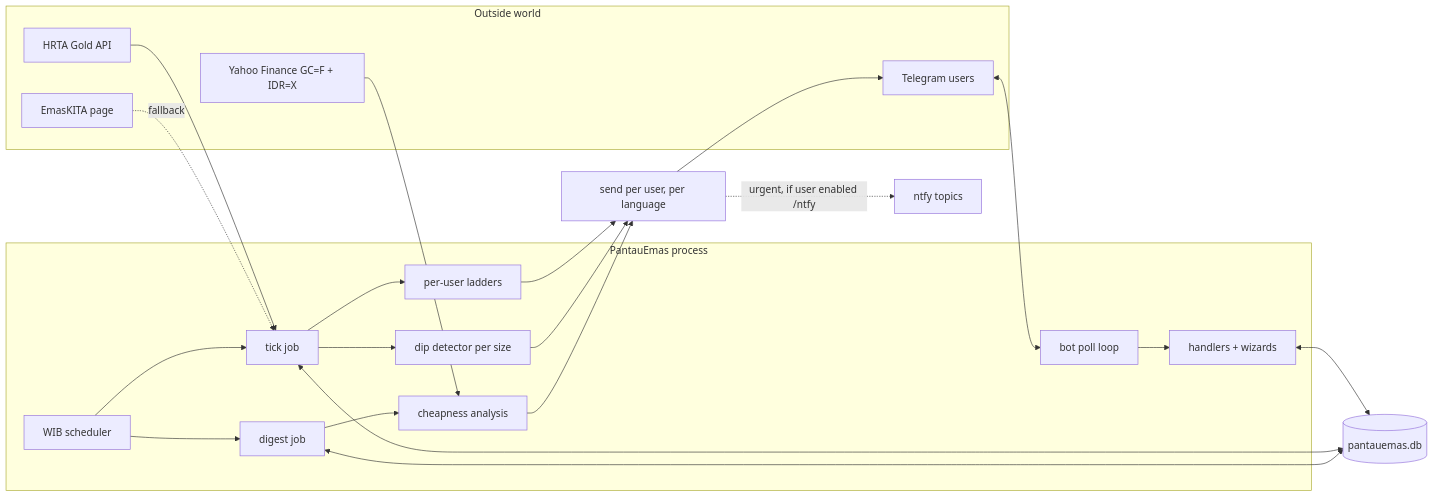
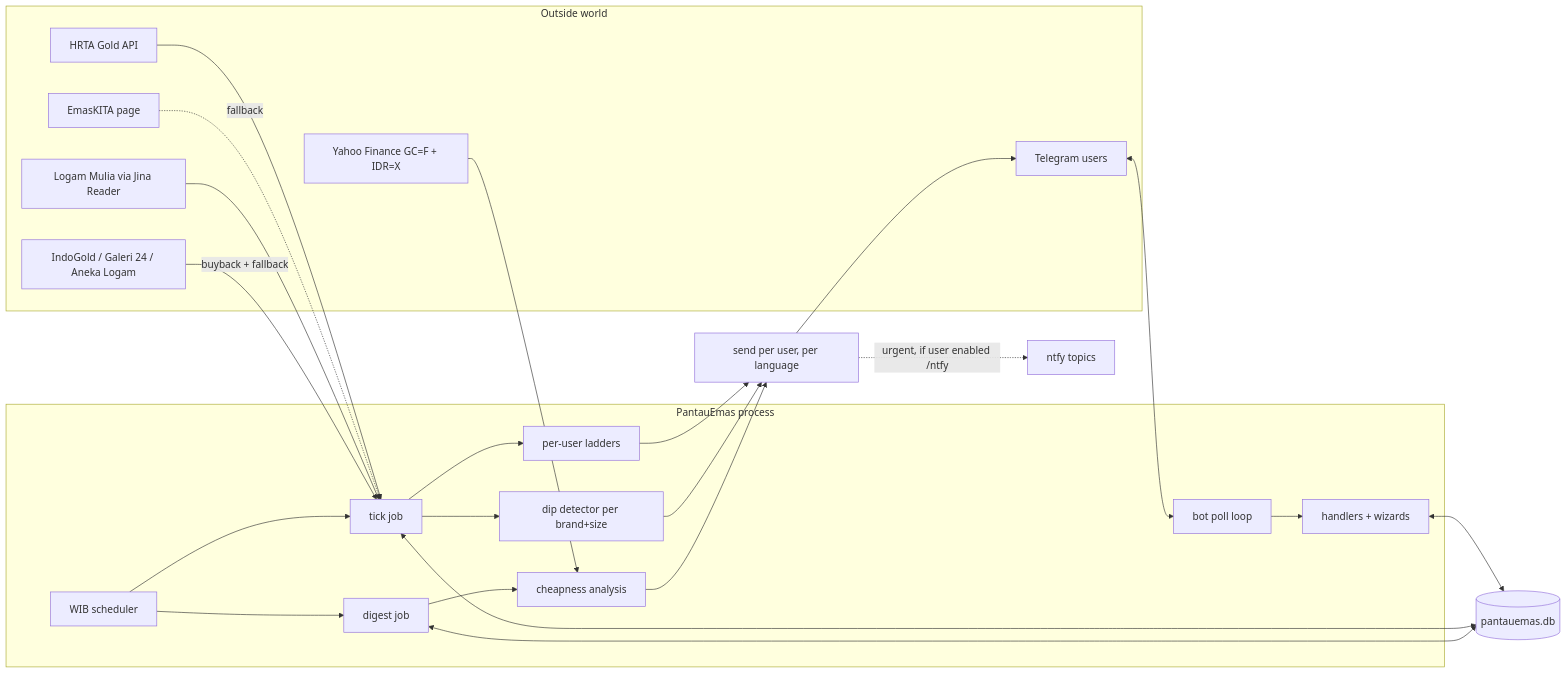
One commit to rbayuokt/pantauemas changed the diagram in docs/architecture.md. Above: the diagram before and after it, drawn with Mermaid. The commit also changed other lines of this file and 4 other files, not shown here.

````diff
--- a/docs/architecture.md
+++ b/docs/architecture.md
@@ -11,33 +11,37 @@
 ```mermaid
 flowchart LR
     subgraph ext [Outside world]
         TG[Telegram users]
         HRTA[HRTA Gold API]
         EK[EmasKITA page]
+        LM[Logam Mulia via Jina Reader]
+        SHOPS[IndoGold / Galeri 24 / Aneka Logam]
         Y[Yahoo Finance GC=F + IDR=X]
     end
 
     subgraph app [PantauEmas process]
         POLL[bot poll loop] --> H[handlers + wizards]
         SCHED[WIB scheduler] --> TICK[tick job]
         SCHED --> DIG[digest job]
         TICK --> LADDER[per-user ladders]
-        TICK --> DIP[dip detector per size]
+        TICK --> DIP[dip detector per brand+size]
         DIG --> AN[cheapness analysis]
     end
 
     DB[(pantauemas.db)]
 
     TG <--> POLL
     H <--> DB
     HRTA --> TICK
     EK -. fallback .-> TICK
+    LM --> TICK
+    SHOPS -- buyback + fallback --> TICK
     Y --> AN
     TICK <--> DB
     DIG <--> DB
     LADDER --> OUT[send per user, per language]
     DIP --> OUT
     AN --> OUT
     OUT --> TG
     OUT -. urgent, if user enabled /ntfy .-> NT[ntfy topics]
 ```
````
